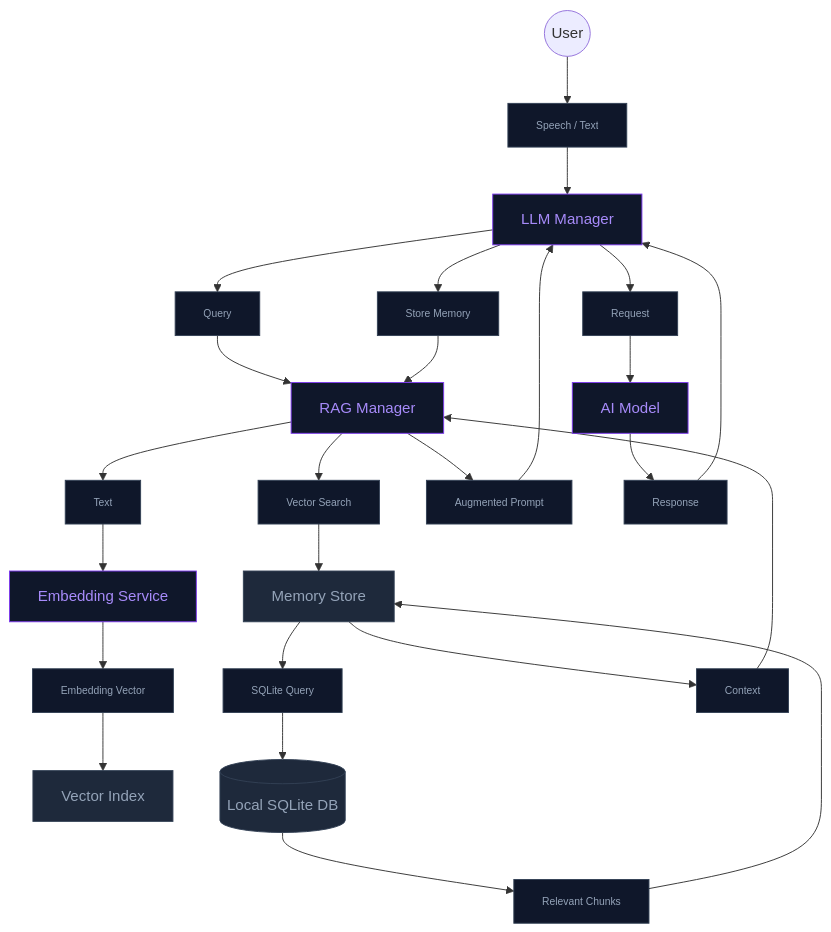
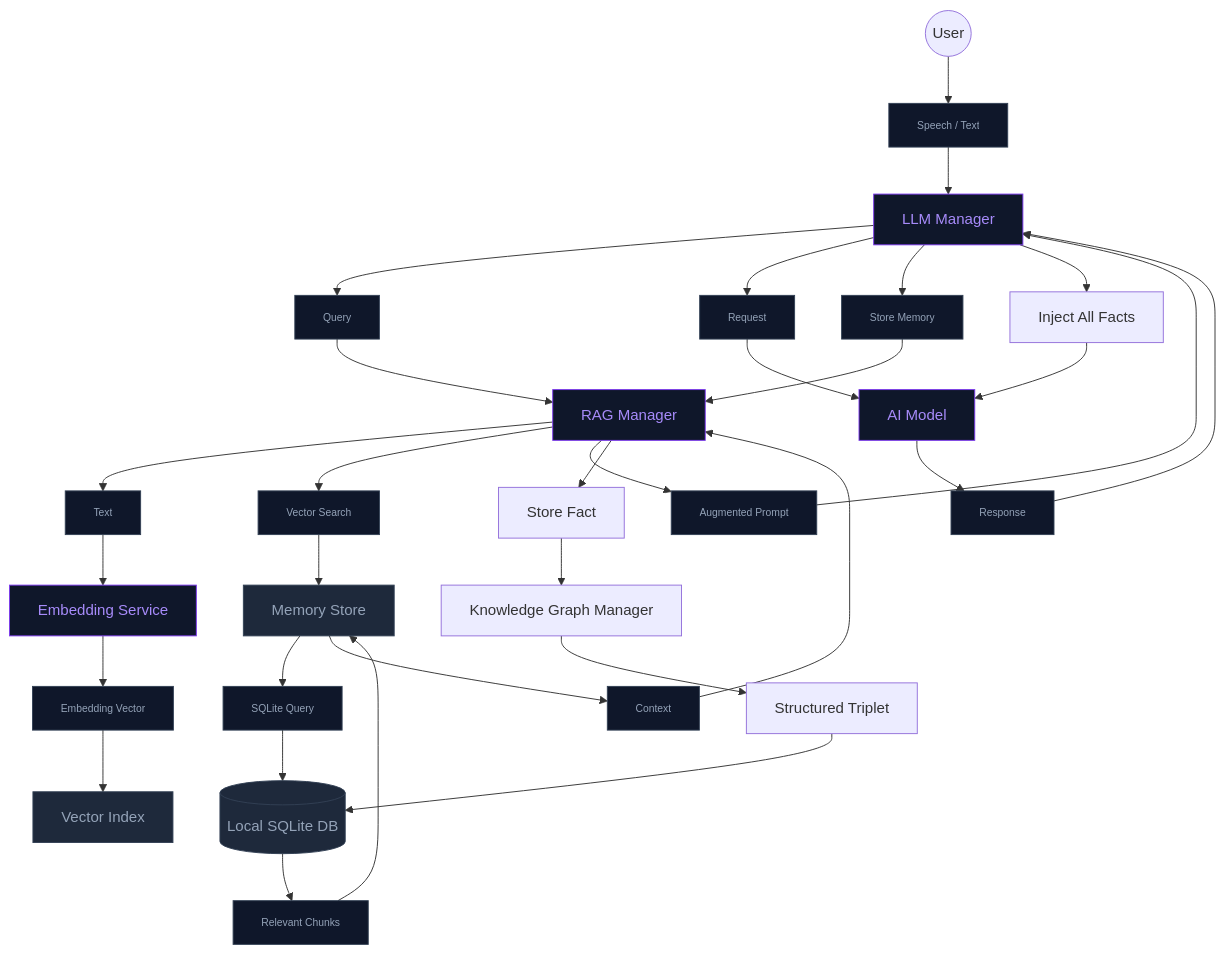
Before and after one commit to kevinliddel/NeuraLink: the diagram in docs/RAG.md, drawn with Mermaid. The commit also changed other lines of this file and 24 other files, not shown here.

Commit message:
feat: implement knowledge graph memory, add proactive vision support, and introduce photo-taking and fact-storing AI skills.

````diff
--- a/docs/RAG.md
+++ b/docs/RAG.md
@@ -15,32 +26,35 @@
 ```mermaid
 graph TD
     User(("User")) --> D1["Speech / Text"] --> LLMManager["LLM Manager"]
 
     LLMManager --> D2["Query"] --> RAGManager["RAG Manager"]
 
     RAGManager --> D3["Text"] --> EmbedService["Embedding Service"]
     EmbedService --> D4["Embedding Vector"] --> Vector["Vector Index"]
 
     RAGManager --> D5["Vector Search"] --> MemStore["Memory Store"]
     MemStore --> D6["SQLite Query"] --> SQLite[("Local SQLite DB")]
     SQLite --> D7["Relevant Chunks"] --> MemStore
 
     MemStore --> D8["Context"] --> RAGManager
     RAGManager --> D9["Augmented Prompt"] --> LLMManager
 
     LLMManager --> D10["Request"] --> AIModel["AI Model"]
     AIModel --> D11["Response"] --> LLMManager
 
     LLMManager --> D12["Store Memory"] --> RAGManager
+    RAGManager --> D13["Store Fact"] --> KGManager["Knowledge Graph Manager"]
+    KGManager --> D14["Structured Triplet"] --> SQLite
+    LLMManager --> D15["Inject All Facts"] --> AIModel
 
     %% Core styles
     classDef core fill:#0f172a,stroke:#7c3aed,color:#a78bfa
     classDef storage fill:#1e293b,stroke:#334155,color:#94a3b8
 
     class LLMManager,RAGManager,EmbedService,AIModel core
     class MemStore,Vector,SQLite storage
 
     %% Data flow style (consistent with your other diagrams)
     classDef data fill:#0f172a,stroke:#334155,color:#94a3b8,font-size:11px
     class D1,D2,D3,D4,D5,D6,D7,D8,D9,D10,D11,D12 data
 ```
````
